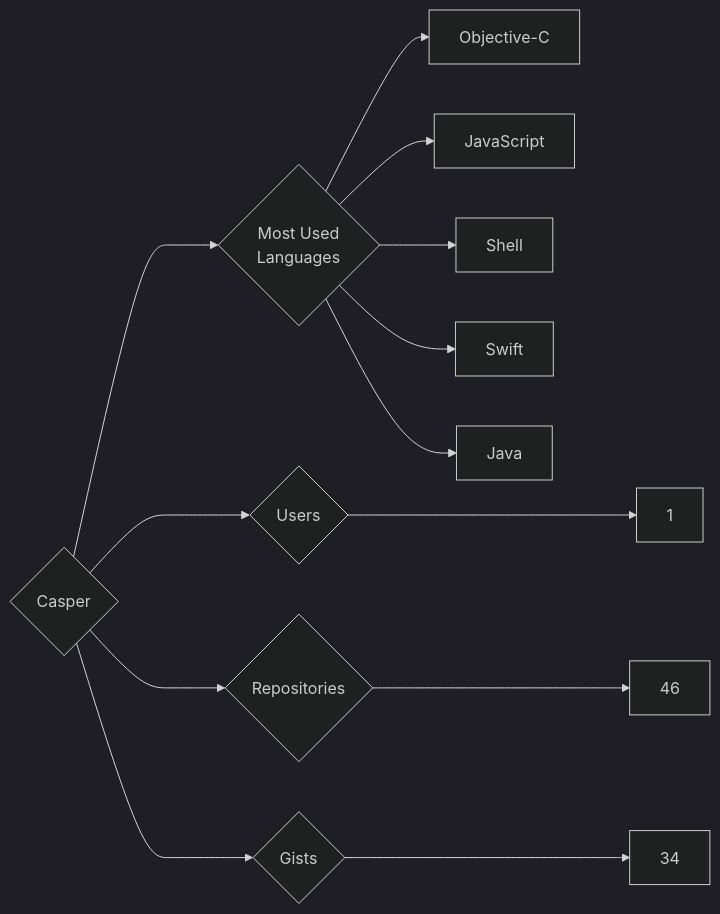
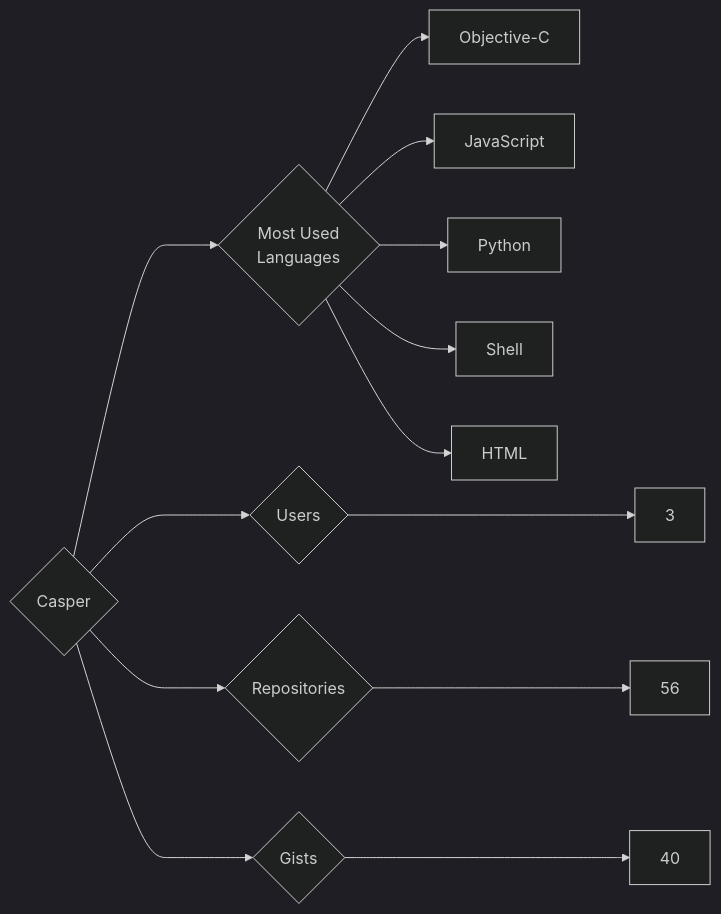
The diagram in targets/Casper/README.md (trickest/insiders), drawn with Mermaid (dark theme) before and after one commit. The commit also changed 1007 other files, not shown here.

````diff
--- a/targets/Casper/README.md
+++ b/targets/Casper/README.md
@@ -3,13 +3,13 @@
 ```mermaid
 graph LR
 COMPANY_NAME{Casper}
-COMPANY_NAME ---> U{Users} ---> UN[1]
-COMPANY_NAME ---> R{Repositories} ---> RN[46]
-COMPANY_NAME ---> G{Gists} ---> GN[34]
+COMPANY_NAME ---> U{Users} ---> UN[3]
+COMPANY_NAME ---> R{Repositories} ---> RN[56]
+COMPANY_NAME ---> G{Gists} ---> GN[40]
 COMPANY_NAME ---> ML{Most Used<br>Languages}
 ML --> Objective-C[Objective-C]
 ML --> JavaScript[JavaScript]
+ML --> Python[Python]
 ML --> Shell[Shell]
-ML --> Swift[Swift]
-ML --> Java[Java]
+ML --> HTML[HTML]
 ```
````
